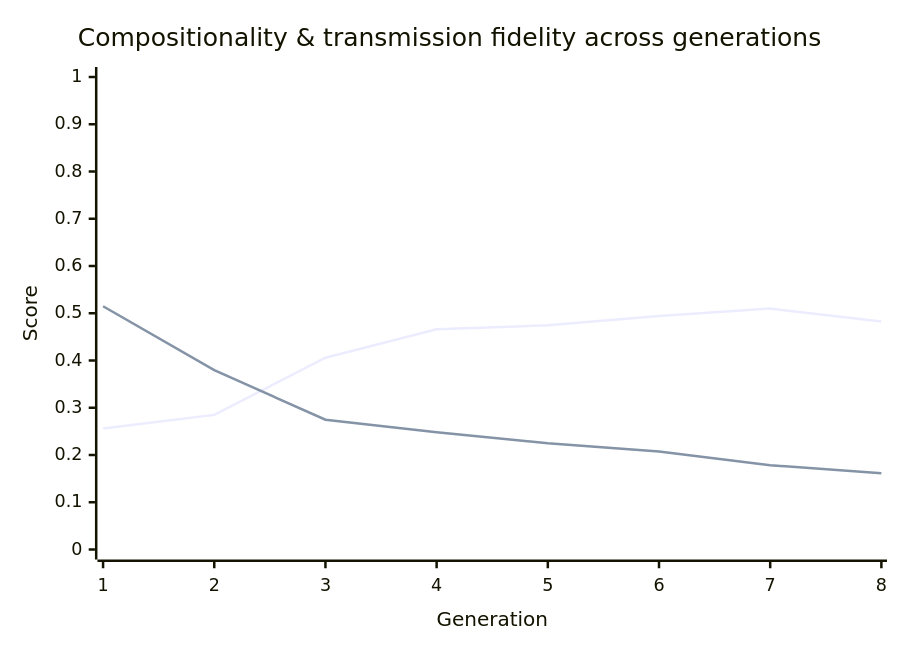
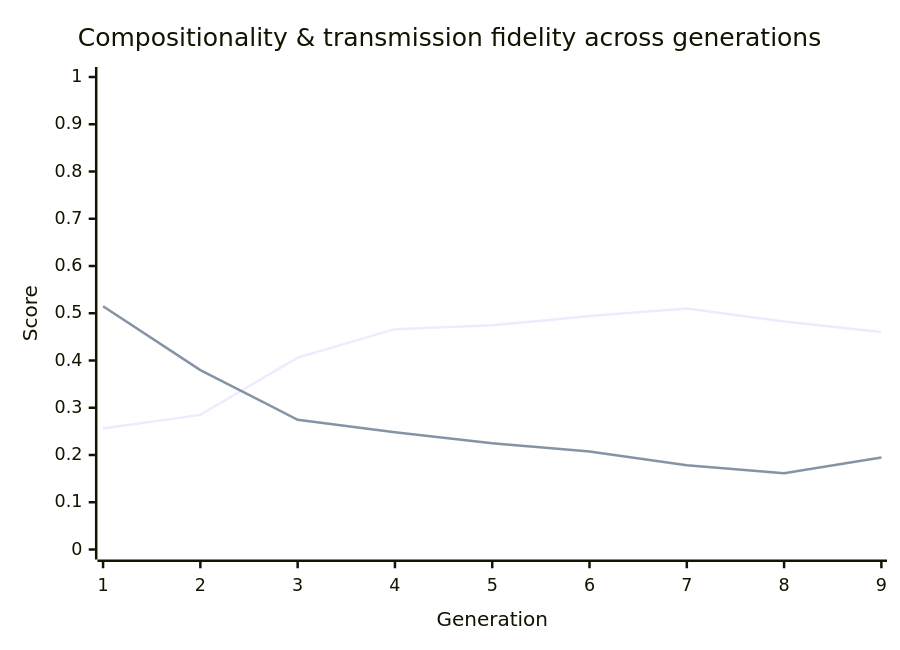
Before and after one commit to nichobbs/traditio: the diagram in metrics/latest-report.md, drawn with Mermaid. The commit also changed other lines of this file and 1 other file, not shown here.

````diff
--- a/metrics/latest-report.md
+++ b/metrics/latest-report.md
@@ -40,8 +40,8 @@
 ```mermaid
 xychart-beta
     title "Compositionality & transmission fidelity across generations"
-    x-axis "Generation" [1, 2, 3, 4, 5, 6, 7, 8]
+    x-axis "Generation" [1, 2, 3, 4, 5, 6, 7, 8, 9]
     y-axis "Score" 0 --> 1
-    line "Compositionality" [0.2559, 0.2849, 0.4060, 0.4663, 0.4745, 0.4941, 0.5099, 0.4826]
-    line "Transmission Fidelity" [0.5148, 0.3796, 0.2746, 0.2481, 0.2251, 0.2074, 0.1785, 0.1615]
+    line "Compositionality" [0.2559, 0.2849, 0.4060, 0.4663, 0.4745, 0.4941, 0.5099, 0.4826, 0.4603]
+    line "Transmission Fidelity" [0.5148, 0.3796, 0.2746, 0.2481, 0.2251, 0.2074, 0.1785, 0.1615, 0.1949]
 ```
````
